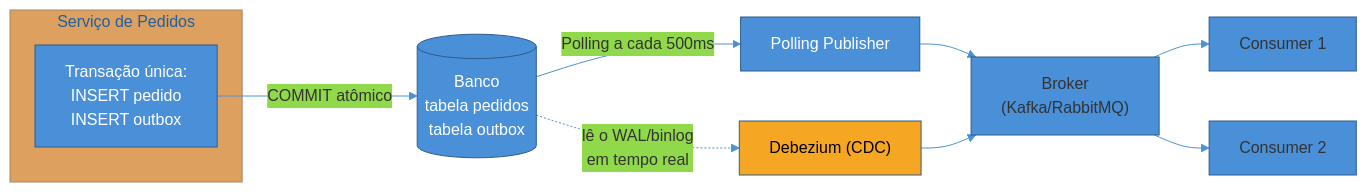
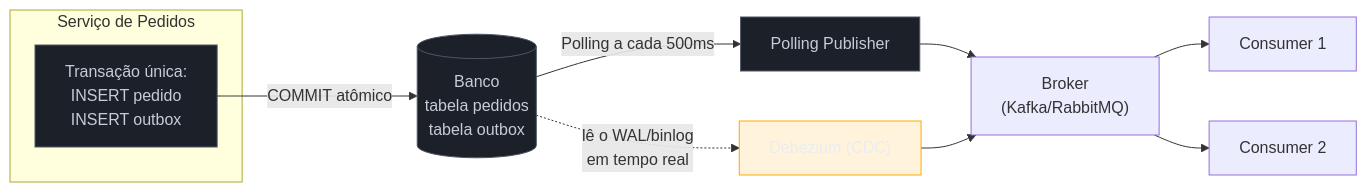
One commit to josenaldo/codex-technomanticus changed the first of 3 diagrams in 03-Dominios/Engenharia/Comunicação entre Sistemas/4 - Comunicação assíncrona/04 - Outbox e Saga.md. Above: the diagram before and after it, drawn with Mermaid. The commit also changed other lines of this file and 1181 other files, not shown here.

First line of the commit message:
fix(diagramas): paleta do sistema no lugar de cor cravada no markdown

````diff
--- a/03-Dominios/Engenharia/Comunicação entre Sistemas/4 - Comunicação assíncrona/04 - Outbox e Saga.md
+++ b/03-Dominios/Engenharia/Comunicação entre Sistemas/4 - Comunicação assíncrona/04 - Outbox e Saga.md
@@ -99,23 +99,24 @@
 ```mermaid
-%%{init: {"theme": "base", "themeVariables": {"primaryColor": "#4A90D9", "primaryBorderColor": "#2E5C8A", "lineColor": "#4A90D9"}}}%%
 flowchart LR
+    classDef neutro fill:#1B2029,stroke:#4E5666,color:#C6CCD8
+    classDef destaque fill:#FFAA0024,stroke:#FFAA00,color:#E9ECF2
     subgraph SVC["Serviço de Pedidos"]
         T["Transação única:<br/>INSERT pedido<br/>INSERT outbox"]
     end
 
     T -->|"COMMIT atômico"| DB[("Banco<br/>tabela pedidos<br/>tabela outbox")]
 
     DB -->|"Polling a cada 500ms"| PP["Polling Publisher"]
     DB -.->|"lê o WAL/binlog<br/>em tempo real"| CDC["Debezium (CDC)"]
 
     PP --> BROKER["Broker<br/>(Kafka/RabbitMQ)"]
     CDC --> BROKER
 
     BROKER --> C1["Consumer 1"]
     BROKER --> C2["Consumer 2"]
 
-    style T fill:#4A90D9,color:#fff
-    style DB fill:#4A90D9,color:#fff
-    style CDC fill:#F5A623,color:#000
-    style PP fill:#4A90D9,color:#fff
+    class T neutro
+    class DB neutro
+    class CDC destaque
+    class PP neutro
 ```
````
